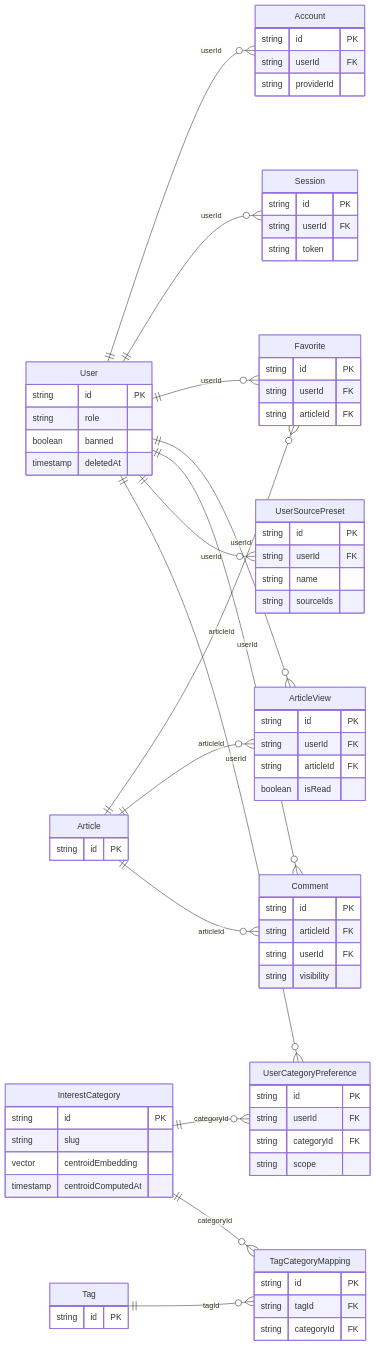
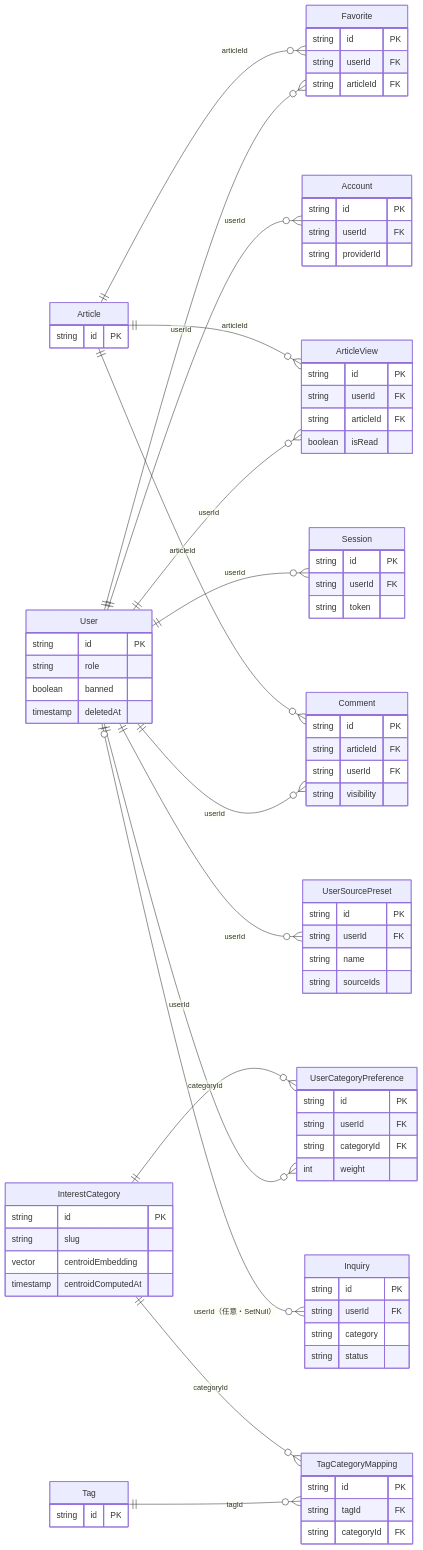
The second of 2 diagrams in docs/architecture/04-data-model.md (pawafulu7/techtrend), drawn with Mermaid before and after one commit. The commit also changed other lines of this file and 223 other files, not shown here.

```diff
--- a/docs/architecture/04-data-model.md
+++ b/docs/architecture/04-data-model.md
@@ -102,6 +104,7 @@
     InterestCategory ||--o{ UserCategoryPreference : "categoryId"
     Tag ||--o{ TagCategoryMapping : "tagId"
     InterestCategory ||--o{ TagCategoryMapping : "categoryId"
+    User |o--o{ Inquiry : "userId（任意・SetNull）"
 
     User {
         string id PK
@@ -152,12 +155,18 @@
         string id PK
         string userId FK
         string categoryId FK
-        string scope
+        int weight
     }
     TagCategoryMapping {
         string id PK
         string tagId FK
         string categoryId FK
+    }
+    Inquiry {
+        string id PK
+        string userId FK
+        string category
+        string status
     }
     Article {
         string id PK
```
